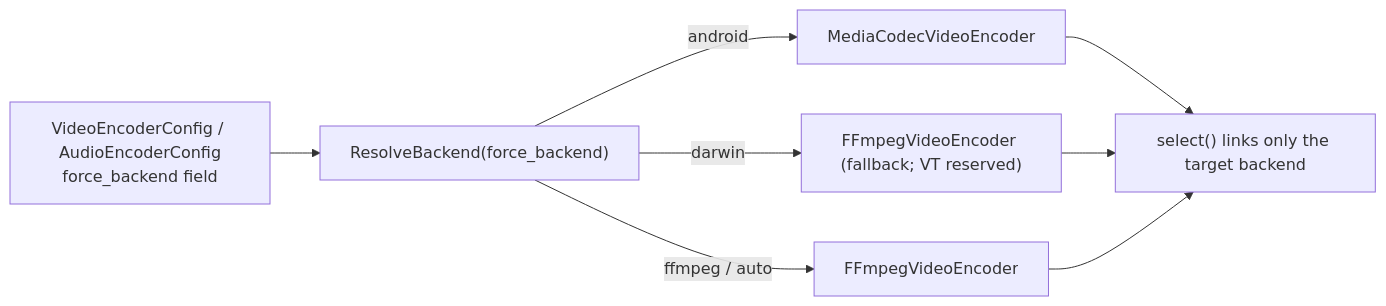
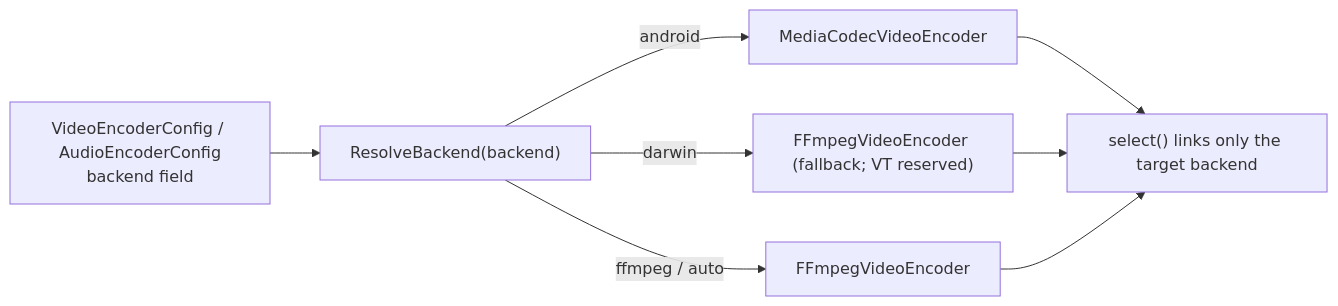
One commit to oxsource/video_codec changed the third of 7 diagrams in specs/002-architecture-engineering-design/plan.md. Above: the diagram before and after it, drawn with Mermaid. The commit also changed other lines of this file and 23 other files, not shown here.

First line of the commit message:
refactor(core): rename Config force_backend to backend

````diff
--- a/specs/002-architecture-engineering-design/plan.md
+++ b/specs/002-architecture-engineering-design/plan.md
@@ -209,11 +209,11 @@
 ```mermaid
 flowchart LR
-    CFG["VideoEncoderConfig / AudioEncoderConfig<br/>force_backend field"]
-    CFG --> RES["ResolveBackend(force_backend)"]
+    CFG["VideoEncoderConfig / AudioEncoderConfig<br/>backend field"]
+    CFG --> RES["ResolveBackend(backend)"]
     RES -->|android| B1["MediaCodecVideoEncoder"]
     RES -->|darwin| B2["FFmpegVideoEncoder (fallback; VT reserved)"]
     RES -->|ffmpeg / auto| B3["FFmpegVideoEncoder"]
     B1 --> SEL["select() links only the target backend"]
     B2 --> SEL
     B3 --> SEL
 ```
````
